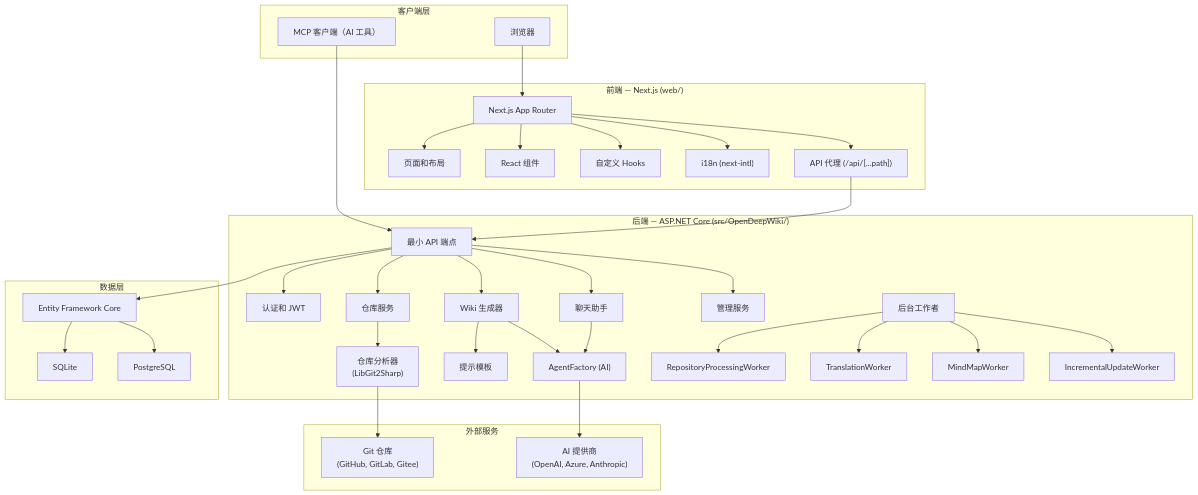
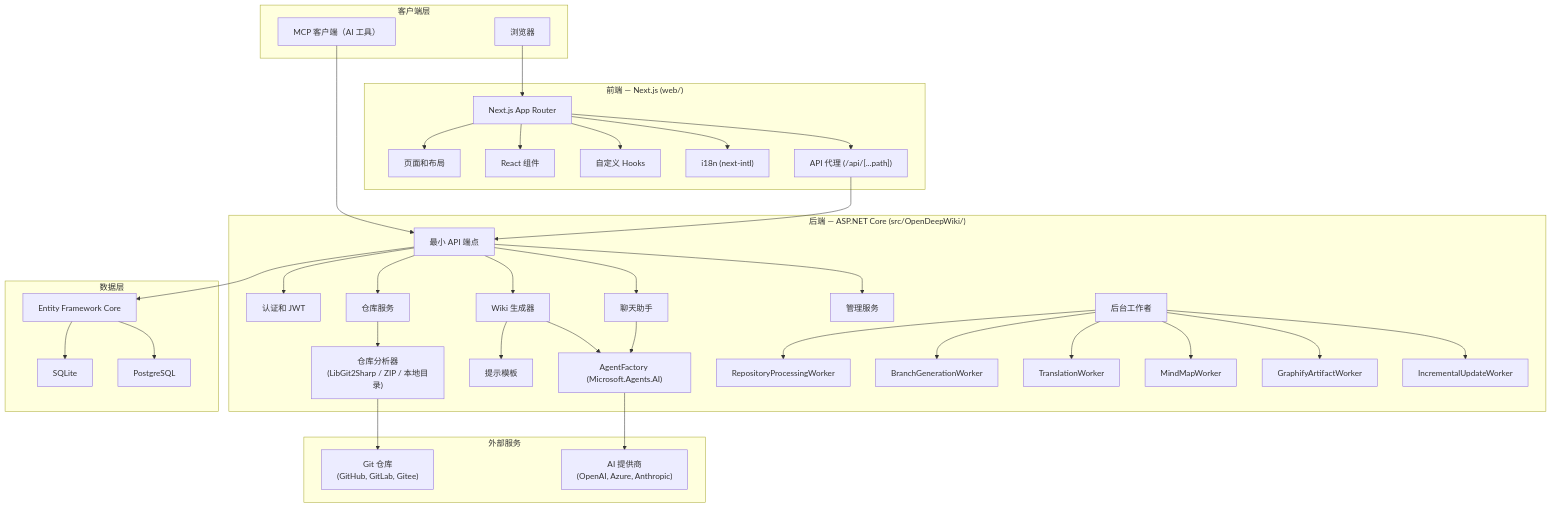
One commit to jianyuyanyu/OpenDeepWiki changed the diagram in docs/content/docs/architecture/index.mdx. Above: the diagram before and after it, drawn with Mermaid. The commit also changed other lines of this file and 22 other files, not shown here.

````diff
--- a/docs/content/docs/architecture/index.mdx
+++ b/docs/content/docs/architecture/index.mdx
@@ -10,55 +10,57 @@
 ```mermaid
 graph TB
     subgraph Client["客户端层"]
         Browser["浏览器"]
         MCP_Client["MCP 客户端（AI 工具）"]
     end
 
     subgraph Frontend["前端 — Next.js (web/)"]
         NextApp["Next.js App Router"]
         NextApp --> Pages["页面和布局"]
         NextApp --> Components["React 组件"]
         NextApp --> Hooks["自定义 Hooks"]
         NextApp --> I18n["i18n (next-intl)"]
         NextApp --> APIProxy["API 代理 (/api/[...path])"]
     end
 
     subgraph Backend["后端 — ASP.NET Core (src/OpenDeepWiki/)"]
         API["最小 API 端点"]
         API --> AuthService["认证和 JWT"]
         API --> RepoService["仓库服务"]
         API --> WikiGen["Wiki 生成器"]
         API --> ChatService["聊天助手"]
         API --> AdminService["管理服务"]
-        
-        WikiGen --> AgentFactory["AgentFactory (AI)"]
+
+        WikiGen --> AgentFactory["AgentFactory (Microsoft.Agents.AI)"]
         WikiGen --> PromptPlugin["提示模板"]
         ChatService --> AgentFactory
-        
-        RepoService --> RepoAnalyzer["仓库分析器\n(LibGit2Sharp)"]
-        
+
+        RepoService --> RepoAnalyzer["仓库分析器\n(LibGit2Sharp / ZIP / 本地目录)"]
+
         Workers["后台工作者"]
         Workers --> RepoWorker["RepositoryProcessingWorker"]
+        Workers --> BranchGenWorker["BranchGenerationWorker"]
         Workers --> TransWorker["TranslationWorker"]
         Workers --> MindMapWorker["MindMapWorker"]
+        Workers --> GraphifyWorker["GraphifyArtifactWorker"]
         Workers --> IncrWorker["IncrementalUpdateWorker"]
     end
 
     subgraph DataLayer["数据层"]
         EFCore["Entity Framework Core"]
         EFCore --> SQLite["SQLite"]
         EFCore --> PostgreSQL["PostgreSQL"]
     end
 
     subgraph External["外部服务"]
         Git["Git 仓库\n(GitHub, GitLab, Gitee)"]
         AI["AI 提供商\n(OpenAI, Azure, Anthropic)"]
     end
 
     Browser --> NextApp
     MCP_Client --> API
     APIProxy --> API
     API --> EFCore
     RepoAnalyzer --> Git
     AgentFactory --> AI
 ```
````
